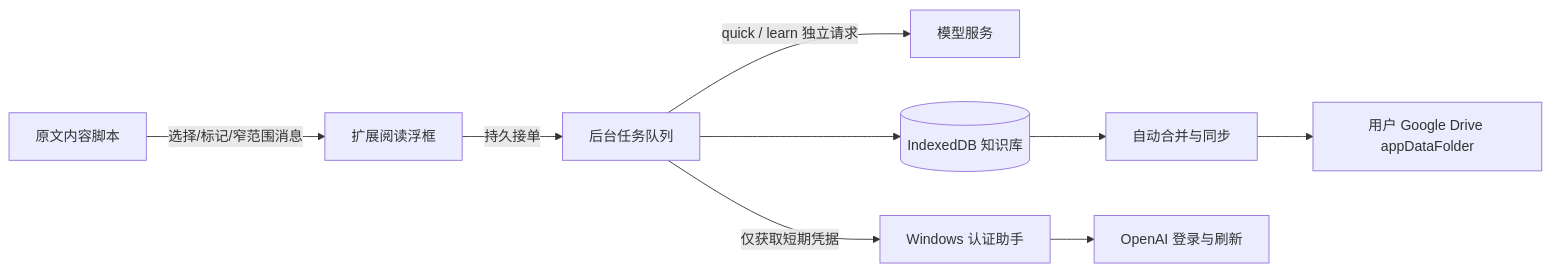
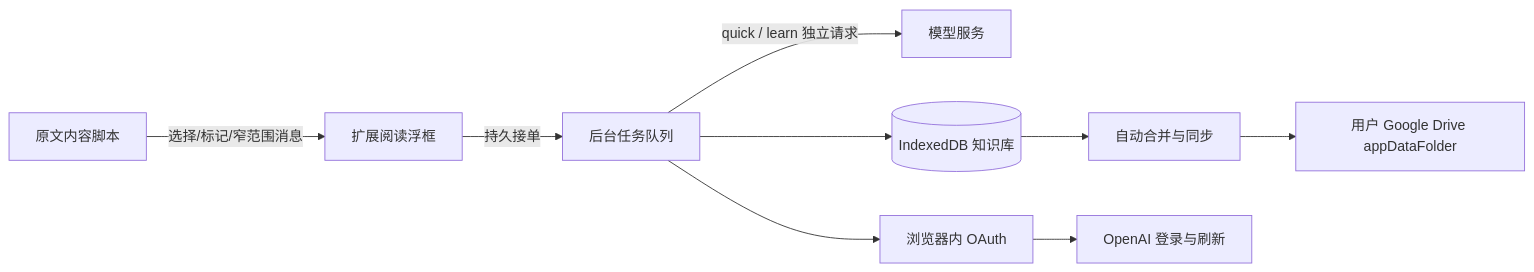
Before and after one commit to Foolish-Han/ContextReader: the diagram in docs/architecture.md, drawn with Mermaid. The commit also changed other lines of this file and 144 other files, not shown here.

````diff
--- a/docs/architecture.md
+++ b/docs/architecture.md
@@ -3,11 +3,11 @@
 ```mermaid
 flowchart LR
   Page[原文内容脚本] -->|选择/标记/窄范围消息| Card[扩展阅读浮框]
   Card -->|持久接单| Worker[后台任务队列]
   Worker -->|quick / learn 独立请求| LLM[模型服务]
   Worker --> Knowledge[(IndexedDB 知识库)]
   Knowledge --> Sync[自动合并与同步]
   Sync --> Drive[用户 Google Drive appDataFolder]
-  Worker -->|仅获取短期凭据| Auth[Windows 认证助手]
+  Worker --> Auth[浏览器内 OAuth]
   Auth --> OpenAI[OpenAI 登录与刷新]
 ```
````
